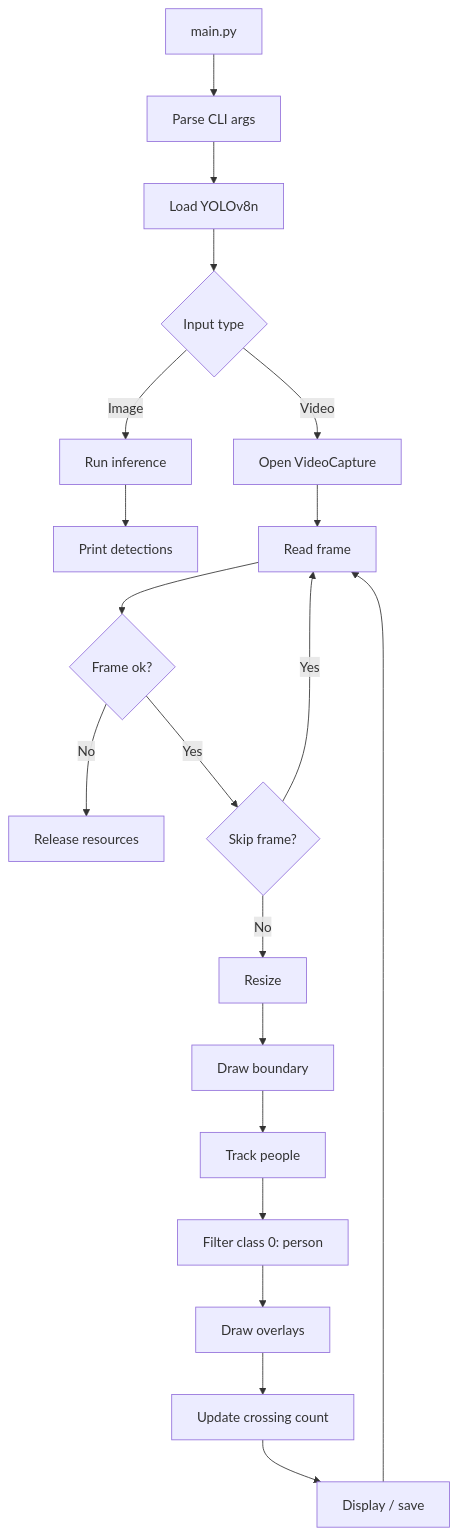
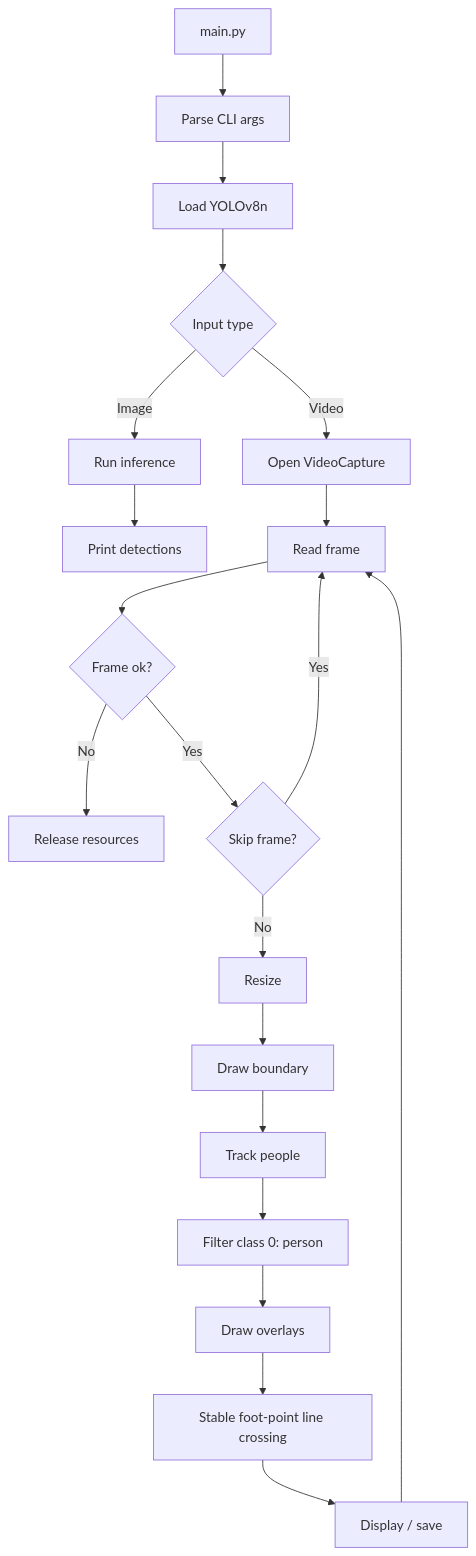
Before and after one commit to Saathvik-Mullapudi/VCTS-project: the first of 2 diagrams in README.md, drawn with Mermaid. The commit also changed other lines of this file and 3 other files, not shown here.

````diff
--- a/README.md
+++ b/README.md
@@ -35,22 +36,22 @@
 ```mermaid
 flowchart TD
     A[main.py] --> B[Parse CLI args]
     B --> C[Load YOLOv8n]
     C --> D{Input type}
     D -->|Image| E[Run inference]
     E --> F[Print detections]
     D -->|Video| G[Open VideoCapture]
     G --> H[Read frame]
     H --> I{Frame ok?}
     I -->|No| Z[Release resources]
     I -->|Yes| J{Skip frame?}
     J -->|Yes| H
     J -->|No| K[Resize]
     K --> L[Draw boundary]
     L --> M[Track people]
     M --> N[Filter class 0: person]
     N --> O[Draw overlays]
-    O --> P[Update crossing count]
+    O --> P[Stable foot-point line crossing]
     P --> Q[Display / save]
     Q --> H
 ```
````
